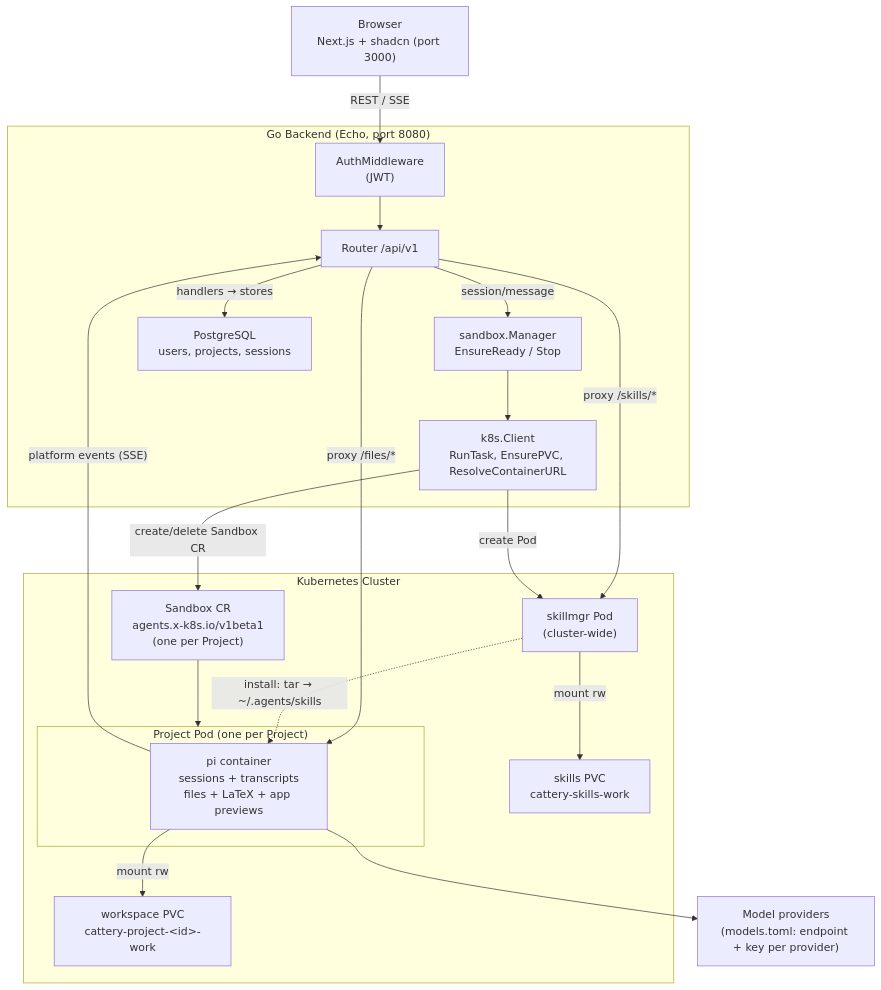
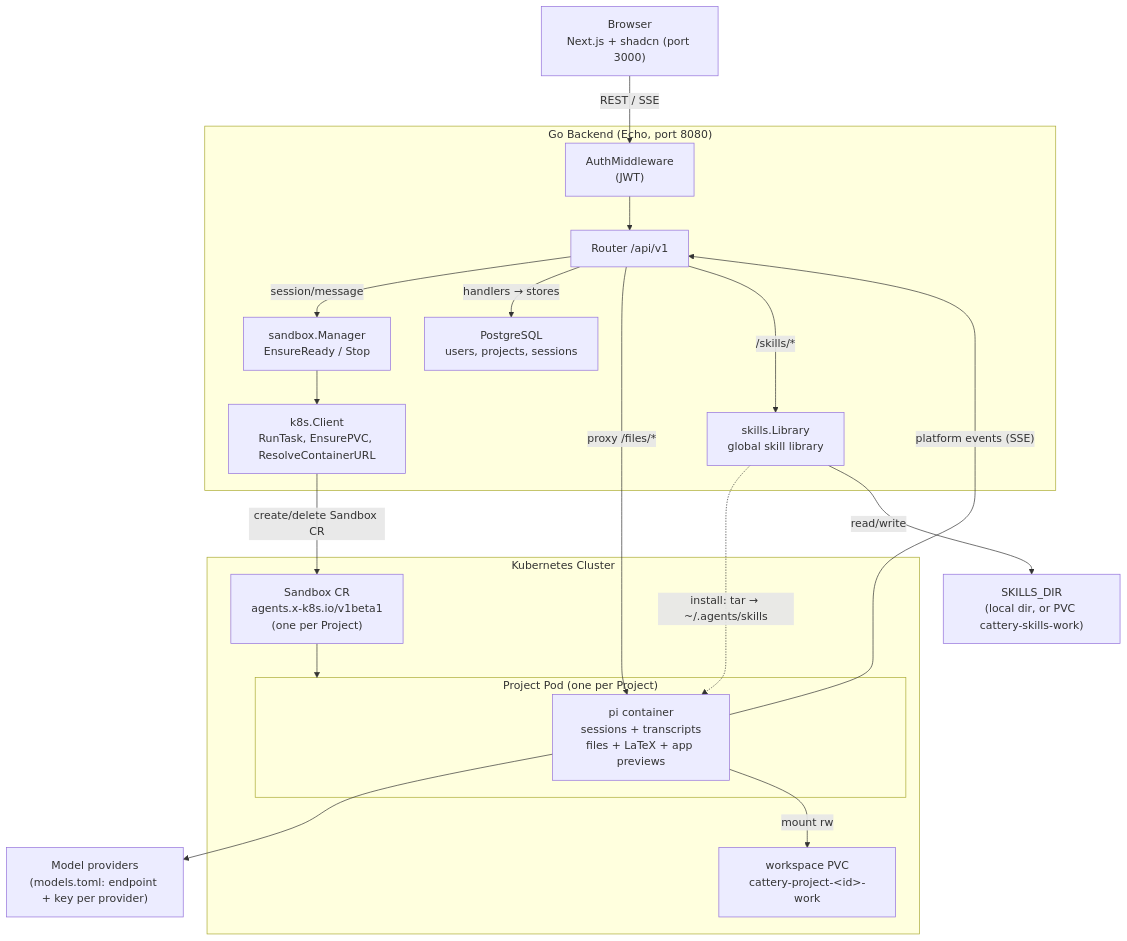
The diagram in README.md (wellCh4n/cattery), drawn with Mermaid before and after one commit. The commit also changed other lines of this file and 24 other files, not shown here.

First line of the commit message:
refactor(backend): serve the skill library from the backend instead of skillmgr

````diff
--- a/README.md
+++ b/README.md
@@ -7,41 +7,41 @@
 ```mermaid
 graph TD
     Browser["Browser\nNext.js + shadcn (port 3000)"]
 
     subgraph Backend["Go Backend (Echo, port 8080)"]
         Auth["AuthMiddleware\n(JWT)"]
         Router["Router /api/v1"]
         SandboxMgr["sandbox.Manager\nEnsureReady / Stop"]
         K8sClient["k8s.Client\nRunTask, EnsurePVC, ResolveContainerURL"]
+        Library["skills.Library\nglobal skill library"]
         DB["PostgreSQL\nusers, projects, sessions"]
     end
+
+    SkillDir["SKILLS_DIR\n(local dir, or PVC cattery-skills-work)"]
 
     subgraph K8s["Kubernetes Cluster"]
         SandboxCR["Sandbox CR\nagents.x-k8s.io/v1beta1\n(one per Project)"]
         subgraph ProjectPod["Project Pod (one per Project)"]
             Pi["pi container\nsessions + transcripts\nfiles + LaTeX + app previews"]
         end
-        SkillMgr["skillmgr Pod\n(cluster-wide)"]
 
         WorkPVC["workspace PVC\ncattery-project-&lt;id&gt;-work"]
-        SkillPVC["skills PVC\ncattery-skills-work"]
     end
 
     ModelAPI["Model providers\n(models.toml: endpoint + key per provider)"]
 
     Browser -->|"REST / SSE"| Auth
     Auth --> Router
     Router -->|"session/message"| SandboxMgr
     Router -->|"handlers → stores"| DB
     Router -->|"proxy /files/*"| Pi
-    Router -->|"proxy /skills/*"| SkillMgr
-    SkillMgr -.->|"install: tar → ~/.agents/skills"| Pi
+    Router -->|"/skills/*"| Library
+    Library -.->|"install: tar → ~/.agents/skills"| Pi
+    Library -->|"read/write"| SkillDir
     SandboxMgr --> K8sClient
     K8sClient -->|"create/delete Sandbox CR"| SandboxCR
-    K8sClient -->|"create Pod"| SkillMgr
     SandboxCR --> ProjectPod
     Pi -->|"platform events (SSE)"| Router
     Pi --> ModelAPI
     Pi -->|"mount rw"| WorkPVC
-    SkillMgr -->|"mount rw"| SkillPVC
 ```
````
